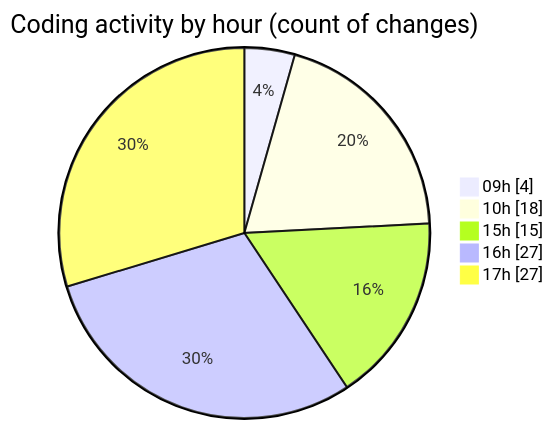
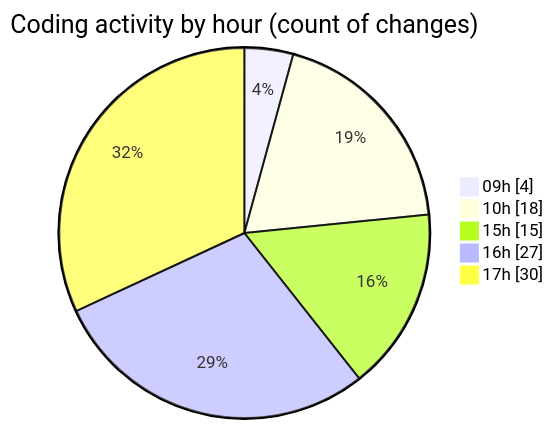
One commit to momahboobian/code-tracking changed the second of 2 diagrams in 2025-08-20/cda/README.md. Above: the diagram before and after it, drawn with Mermaid. The commit also changed other lines of this file and 1 other file, not shown here.

````diff
--- a/2025-08-20/cda/README.md
+++ b/2025-08-20/cda/README.md
@@ -37,9 +37,9 @@
 ```mermaid
 pie showData
 title Coding activity by hour (count of changes)
 "09h" : 4
 "10h" : 18
 "15h" : 15
 "16h" : 27
-"17h" : 27
+"17h" : 30
 ```
````
